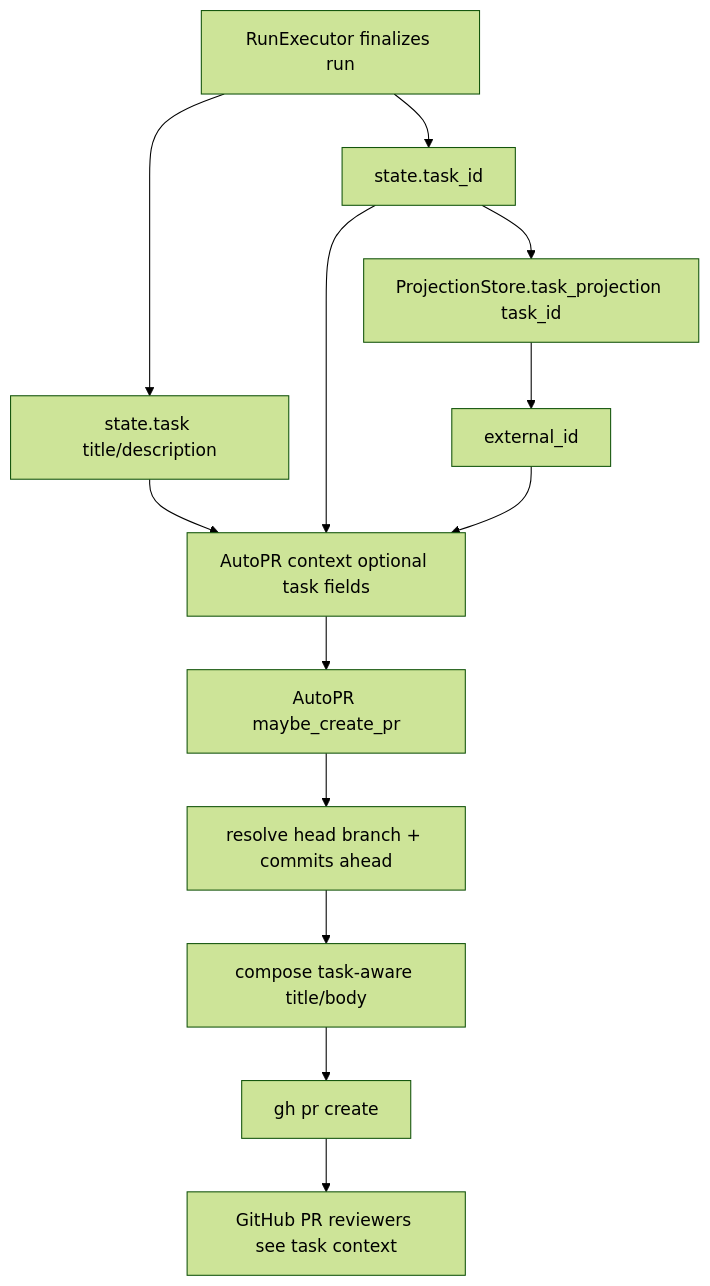
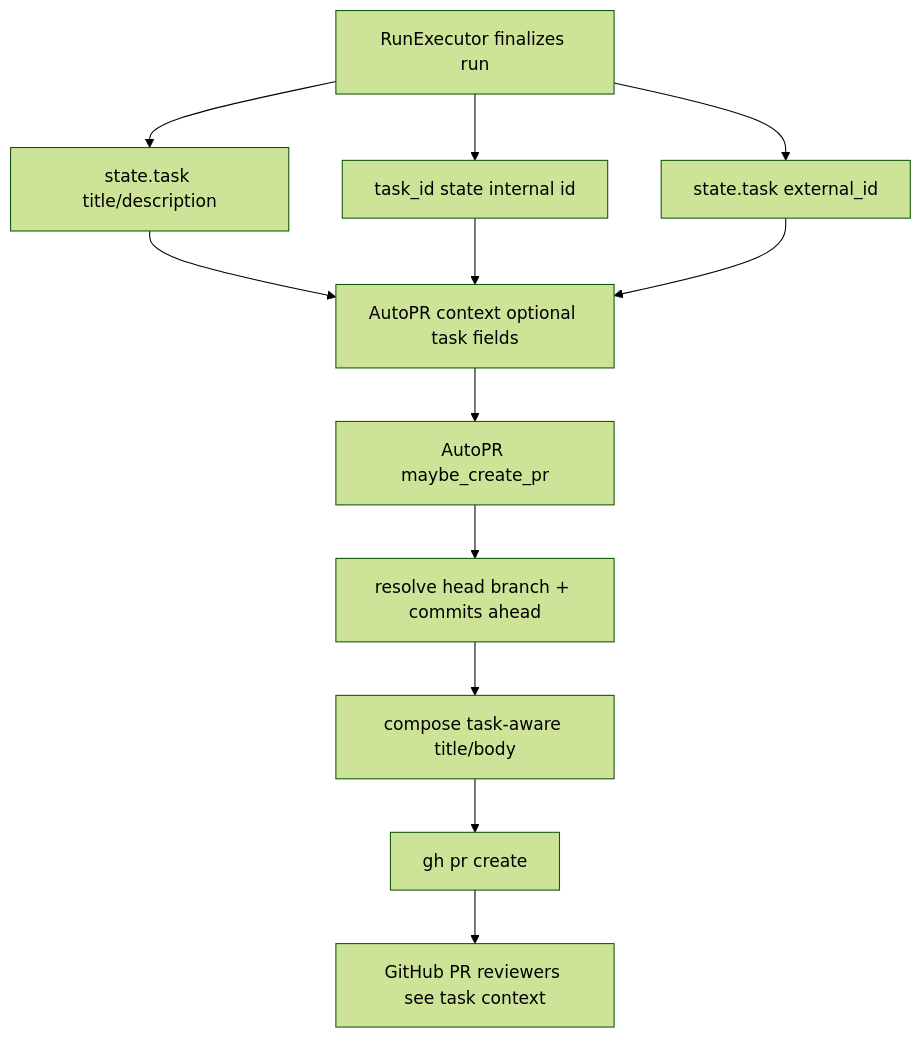
The diagram in docs/TRD/TRD-2026-fe2a98dc-autopr-task-pr-summary.md (ldangelo/foreman), drawn with Mermaid (forest theme) before and after one commit. The commit also changed other lines of this file, not shown here.

````diff
--- a/docs/TRD/TRD-2026-fe2a98dc-autopr-task-pr-summary.md
+++ b/docs/TRD/TRD-2026-fe2a98dc-autopr-task-pr-summary.md
@@ -94,15 +94,14 @@
 ```mermaid
 graph TD
   A[RunExecutor finalizes run] --> B[state.task title/description]
-  A --> C[state.task_id]
-  C --> D[ProjectionStore.task_projection task_id]
-  D --> E[external_id]
+  A --> C[task_id state internal id]
+  A --> D[state.task external_id]
   B --> F[AutoPR context optional task fields]
   C --> F
-  E --> F
+  D --> F
   F --> G[AutoPR maybe_create_pr]
   G --> H[resolve head branch + commits ahead]
   H --> I[compose task-aware title/body]
   I --> J[gh pr create]
   J --> K[GitHub PR reviewers see task context]
 ```
````
